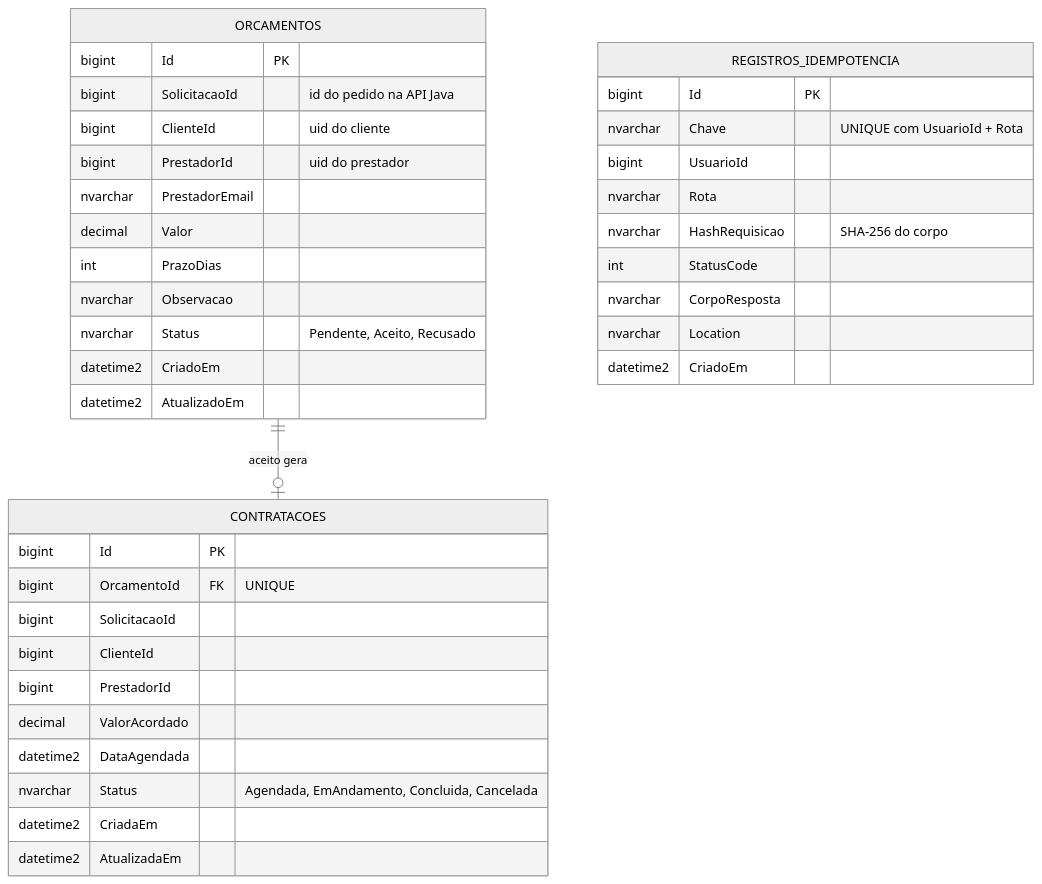
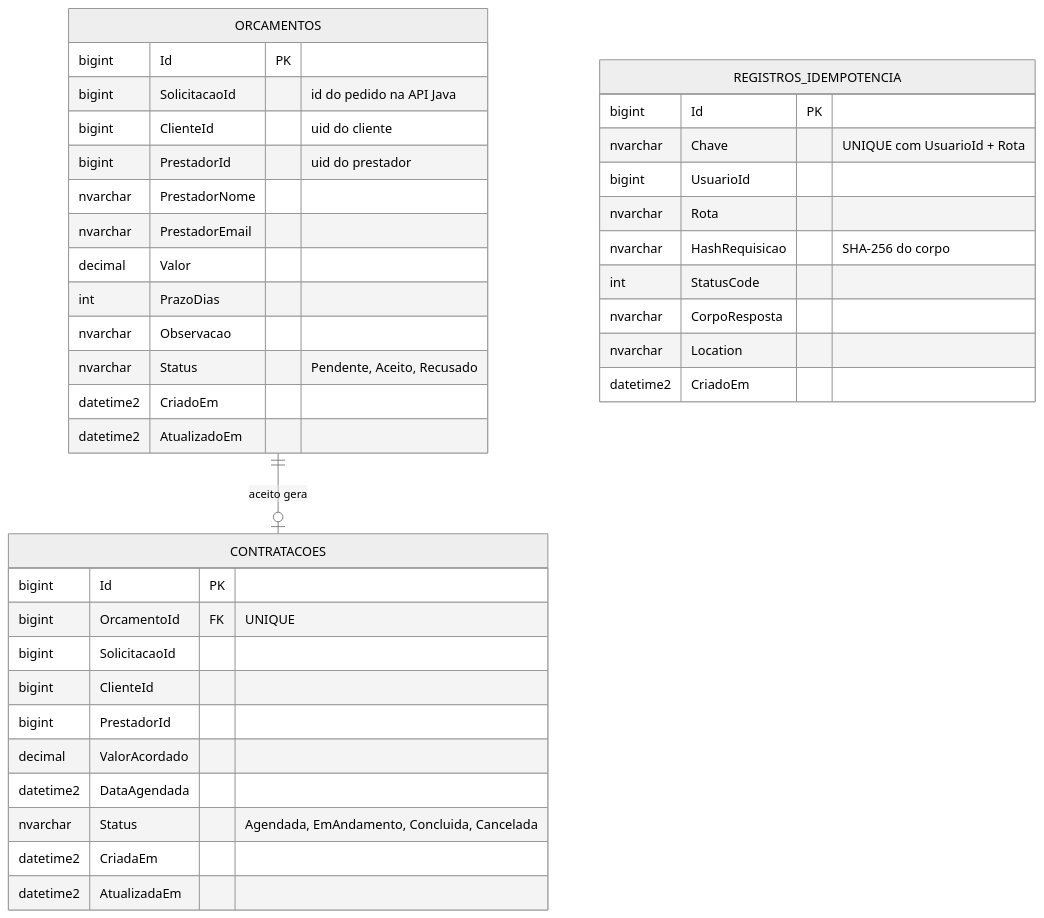
One commit to kaiky06301/bico-certo-dotnet changed the second of 4 diagrams in README.md. Above: the diagram before and after it, drawn with Mermaid (neutral theme). The commit also changed 10 other files, not shown here.

Commit message:
Grava o nome do prestador no orcamento a partir do JWT

````diff
--- a/README.md
+++ b/README.md
@@ -88,40 +88,41 @@
 ```mermaid
 erDiagram
     ORCAMENTOS ||--o| CONTRATACOES : "aceito gera"
     ORCAMENTOS {
         bigint Id PK
         bigint SolicitacaoId "id do pedido na API Java"
         bigint ClienteId "uid do cliente"
         bigint PrestadorId "uid do prestador"
+        nvarchar PrestadorNome
         nvarchar PrestadorEmail
         decimal Valor
         int PrazoDias
         nvarchar Observacao
         nvarchar Status "Pendente, Aceito, Recusado"
         datetime2 CriadoEm
         datetime2 AtualizadoEm
     }
     CONTRATACOES {
         bigint Id PK
         bigint OrcamentoId FK "UNIQUE"
         bigint SolicitacaoId
         bigint ClienteId
         bigint PrestadorId
         decimal ValorAcordado
         datetime2 DataAgendada
         nvarchar Status "Agendada, EmAndamento, Concluida, Cancelada"
         datetime2 CriadaEm
         datetime2 AtualizadaEm
     }
     REGISTROS_IDEMPOTENCIA {
         bigint Id PK
         nvarchar Chave "UNIQUE com UsuarioId + Rota"
         bigint UsuarioId
         nvarchar Rota
         nvarchar HashRequisicao "SHA-256 do corpo"
         int StatusCode
         nvarchar CorpoResposta
         nvarchar Location
         datetime2 CriadoEm
     }
 ```
````
